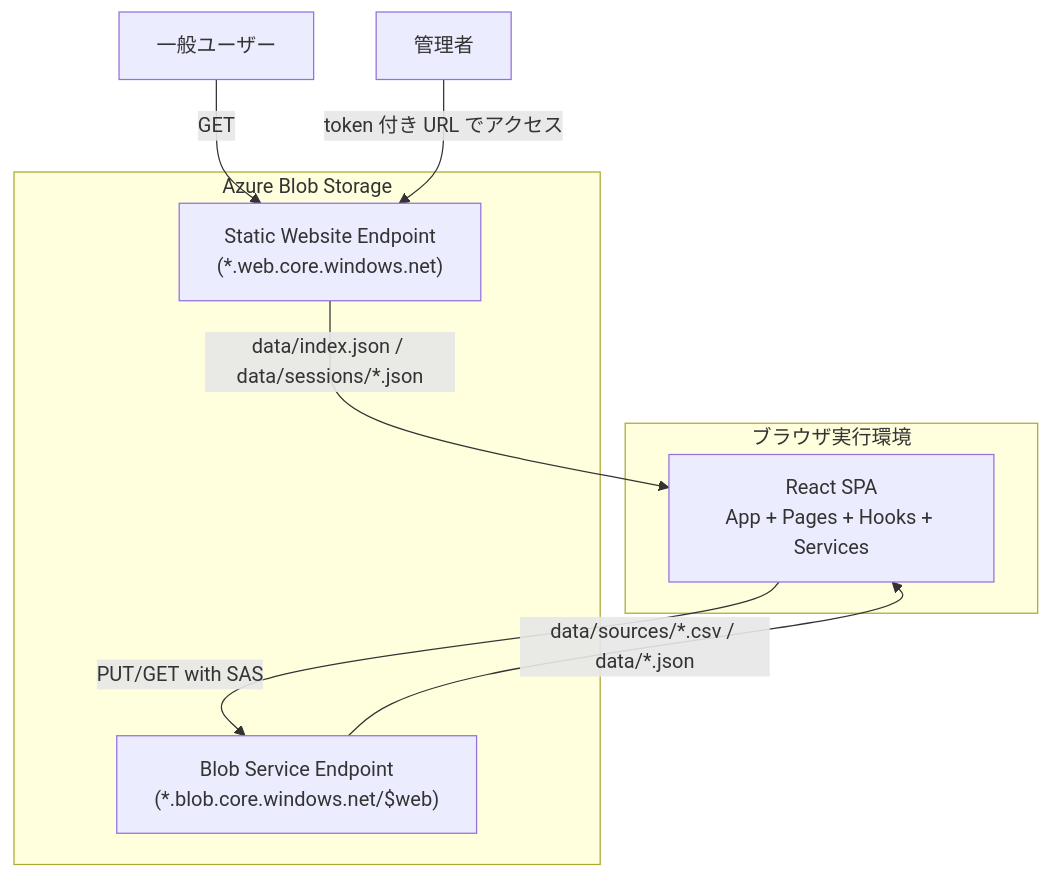
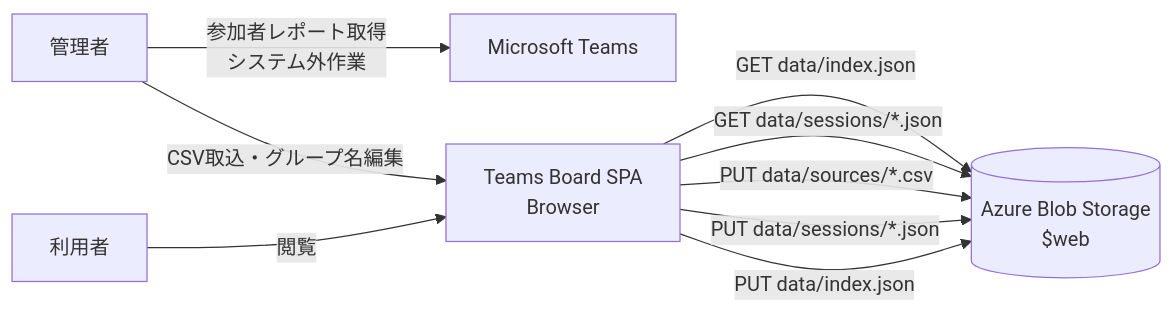
Before and after one commit to nuitsjp/teams-board: the first of 3 diagrams in docs/architecture.md, drawn with Mermaid. The commit also changed other lines of this file and 9 other files, not shown here.

First line of the commit message:
Docs/architecture complete description (#48)

````diff
--- a/docs/architecture.md
+++ b/docs/architecture.md
@@ -22,20 +27,17 @@
 ```mermaid
-graph TD
-    U[一般ユーザー]
-    A[管理者]
+graph LR
+    Admin[管理者]
+    User[利用者]
+    Teams[Microsoft Teams]
+    SPA[Teams Board SPA<br/>Browser]
+    Blob[(Azure Blob Storage<br/>$web)]
 
-    subgraph Browser["ブラウザ実行環境"]
-        SPA[React SPA<br/>App + Pages + Hooks + Services]
-    end
-
-    subgraph Azure["Azure Blob Storage"]
-        WEB["Static Website Endpoint<br/>(*.web.core.windows.net)"]
-        BLOB["Blob Service Endpoint<br/>(*.blob.core.windows.net/$web)"]
-    end
-
-    U -->|GET| WEB
-    WEB -->|data/index.json / data/sessions/*.json| SPA
-    A -->|token 付き URL でアクセス| WEB
-    SPA -->|PUT/GET with SAS| BLOB
-    BLOB -->|data/sources/*.csv / data/*.json| SPA
+    Admin -->|参加者レポート取得<br/>システム外作業| Teams
+    Admin -->|CSV取込・グループ名編集| SPA
+    User -->|閲覧| SPA
+    SPA -->|GET data/index.json| Blob
+    SPA -->|GET data/sessions/*.json| Blob
+    SPA -->|PUT data/sources/*.csv| Blob
+    SPA -->|PUT data/sessions/*.json| Blob
+    SPA -->|PUT data/index.json| Blob
 ```
````
